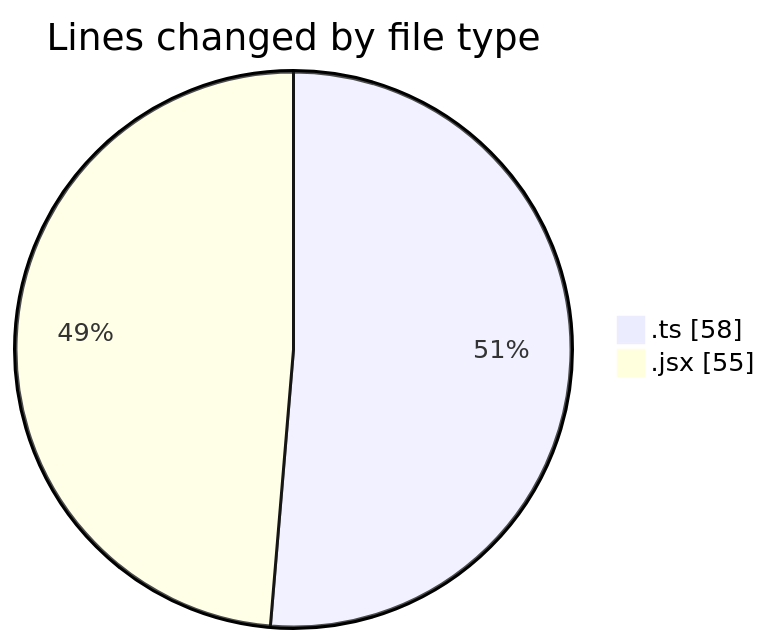
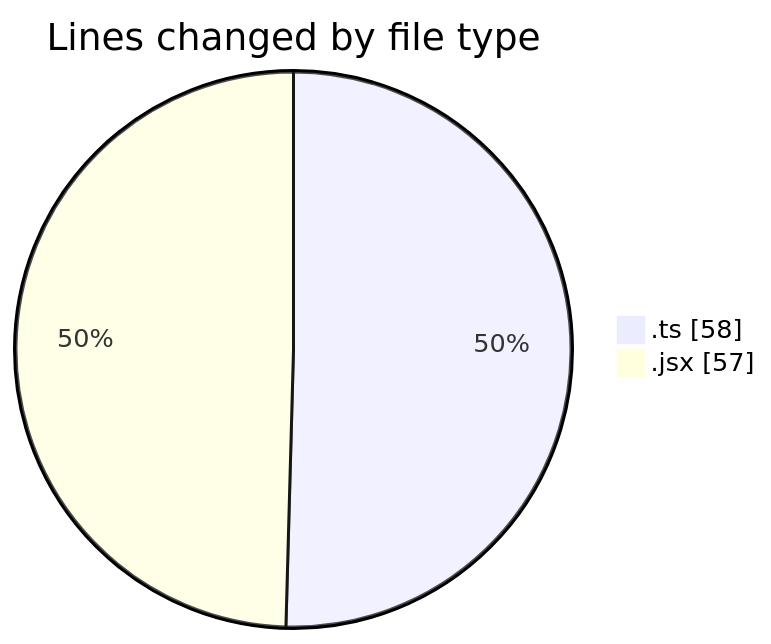
Before and after one commit to robertbonfada/code-tracking: the first of 2 diagrams in 2025-02-08/termonied-web/README.md, drawn with Mermaid. The commit also changed other lines of this file and 1 other file, not shown here.

````diff
--- a/2025-02-08/termonied-web/README.md
+++ b/2025-02-08/termonied-web/README.md
@@ -21,6 +21,6 @@
 ```mermaid
 pie showData
 title Lines changed by file type
 ".ts" : 58
-".jsx" : 55
+".jsx" : 57
 ```
````
